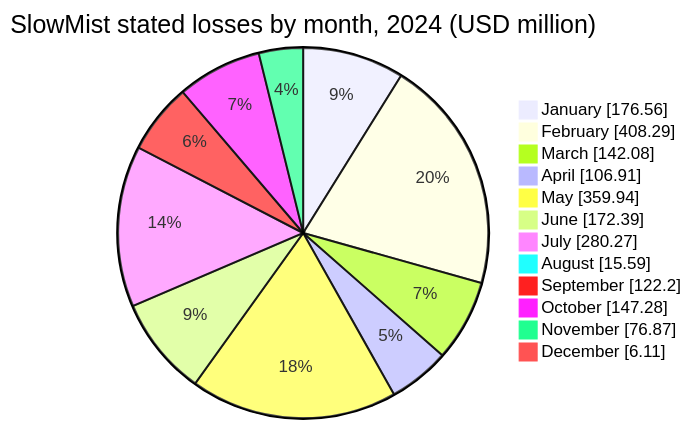
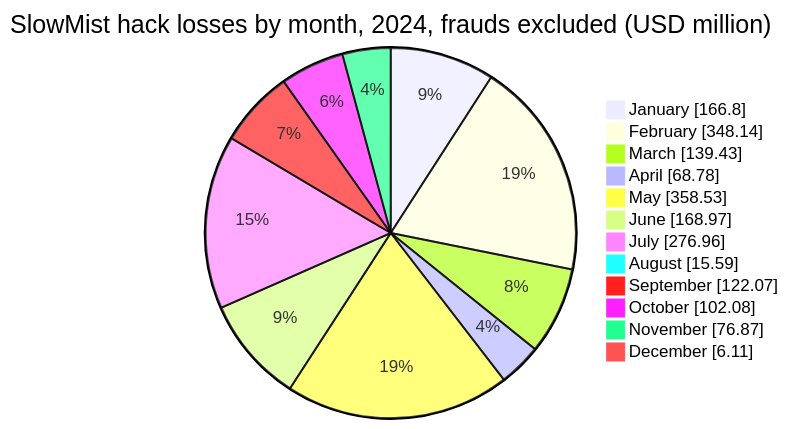
The first of 4 diagrams in _posts/2026-10-07-crypto-hacks-2024.md (rya-sge/access-denied), drawn with Mermaid before and after one commit. The commit also changed other lines of this file and 10 other files, not shown here.

````diff
--- a/_posts/2026-10-07-crypto-hacks-2024.md
+++ b/_posts/2026-10-07-crypto-hacks-2024.md
@@ -71,16 +71,16 @@
 ```mermaid
 pie showData
-    title SlowMist stated losses by month, 2024 (USD million)
-    "January" : 176.56
-    "February" : 408.29
-    "March" : 142.08
-    "April" : 106.91
-    "May" : 359.94
-    "June" : 172.39
-    "July" : 280.27
+    title SlowMist hack losses by month, 2024, frauds excluded (USD million)
+    "January" : 166.80
+    "February" : 348.14
+    "March" : 139.43
+    "April" : 68.78
+    "May" : 358.53
+    "June" : 168.97
+    "July" : 276.96
     "August" : 15.59
-    "September" : 122.20
-    "October" : 147.28
+    "September" : 122.07
+    "October" : 102.08
     "November" : 76.87
     "December" : 6.11
 ```
````
